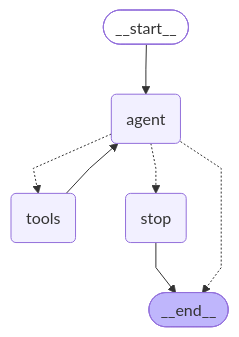
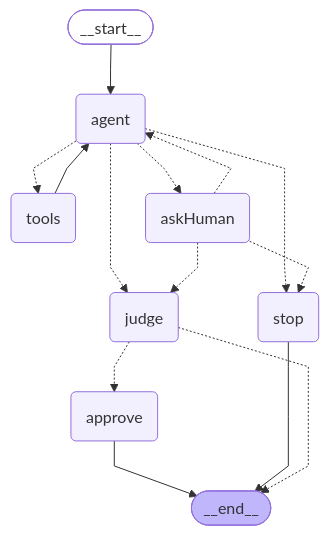
One commit to mwmw7/airforce-agentic-ai changed the diagram in docs/graphs/lab0-loop.md. Above: the diagram before and after it, drawn with Mermaid. The commit also changed other lines of this file and 12 other files, not shown here.

````diff
--- a/docs/graphs/lab0-loop.md
+++ b/docs/graphs/lab0-loop.md
@@ -3,19 +3,29 @@
 ```mermaid
 %%{init: {'flowchart': {'curve': 'linear'}}}%%
 graph TD;
 	__start__([<p>__start__</p>]):::first
 	agent(agent)
 	tools(tools)
+	askHuman(askHuman)
+	judge(judge)
+	approve(approve)
 	stop(stop)
 	__end__([<p>__end__</p>]):::last
 	__start__ --> agent;
+	approve --> __end__;
 	stop --> __end__;
 	tools --> agent;
 	agent -.-> tools;
+	agent -.-> judge;
 	agent -.-> stop;
-	agent -.-> __end__;
+	agent -.-> askHuman;
+	askHuman -.-> agent;
+	askHuman -.-> judge;
+	askHuman -.-> stop;
+	judge -.-> approve;
+	judge -.-> __end__;
 	classDef default fill:#f2f0ff,line-height:1.2;
 	classDef first fill-opacity:0;
 	classDef last fill:#bfb6fc;
 
 ```
````
